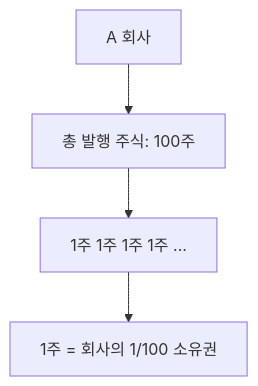
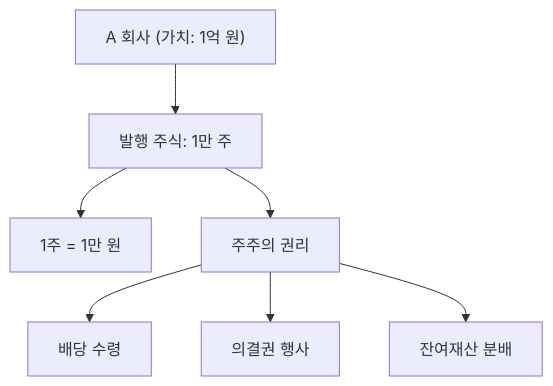
Before and after one commit to yeongseon/stock-visual-note: the diagram in content/stock-terms/ko/level-01-basic/stock.md, drawn with Mermaid. The commit also changed other lines of this file and 12 other files, not shown here.

````diff
--- a/content/stock-terms/ko/level-01-basic/stock.md
+++ b/content/stock-terms/ko/level-01-basic/stock.md
@@ -56,10 +52,9 @@
 ```mermaid
 graph TD
-    A0["A 회사"]
-    A1["총 발행 주식: 100주"]
-    A2["1주 1주 1주 1주 ..."]
-    A3["1주 = 회사의 1/100 소유권"]
-    A0 --> A1
-    A1 --> A2
-    A2 --> A3
+    A["A 회사 (가치: 1억 원)"] --> B["발행 주식: 1만 주"]
+    B --> C["1주 = 1만 원"]
+    B --> D["주주의 권리"]
+    D --> D1["배당 수령"]
+    D --> D2["의결권 행사"]
+    D --> D3["잔여재산 분배"]
 ```
````
